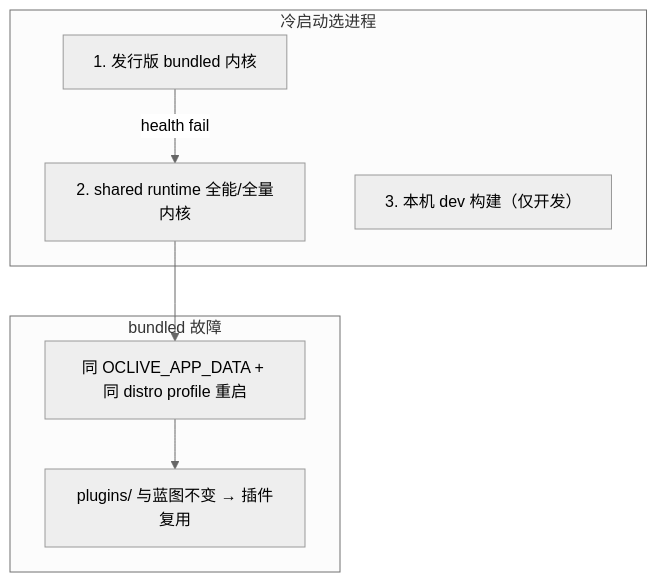
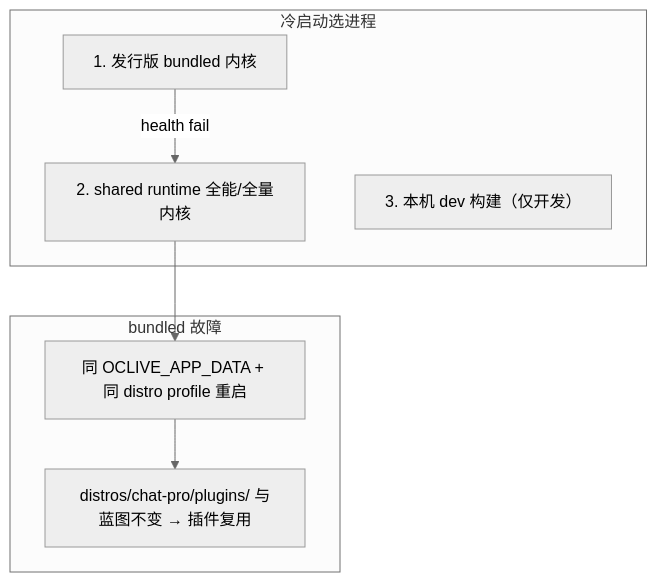
The first of 2 diagrams in handoff/KERNEL_SCHEDULER_RESCOPE.md (linkaiheng2233-cyber/oclivenewnew), drawn with Mermaid (neutral theme) before and after one commit. The commit also changed other lines of this file and 205 other files, not shown here.

````diff
--- a/handoff/KERNEL_SCHEDULER_RESCOPE.md
+++ b/handoff/KERNEL_SCHEDULER_RESCOPE.md
@@ -26,15 +26,15 @@
 ```mermaid
 flowchart TB
   subgraph spawn [冷启动选进程]
     b1["1. 发行版 bundled 内核"]
     b2["2. shared runtime 全能/全量内核"]
     b3["3. 本机 dev 构建（仅开发）"]
   end
   subgraph fail [bundled 故障]
     fb["同 OCLIVE_APP_DATA + 同 distro profile 重启"]
-    reuse["plugins/ 与蓝图不变 → 插件复用"]
+    reuse["distros/chat-pro/plugins/ 与蓝图不变 → 插件复用"]
   end
   b1 -->|health fail| b2
   b2 --> fb
   fb --> reuse
 ```
````
